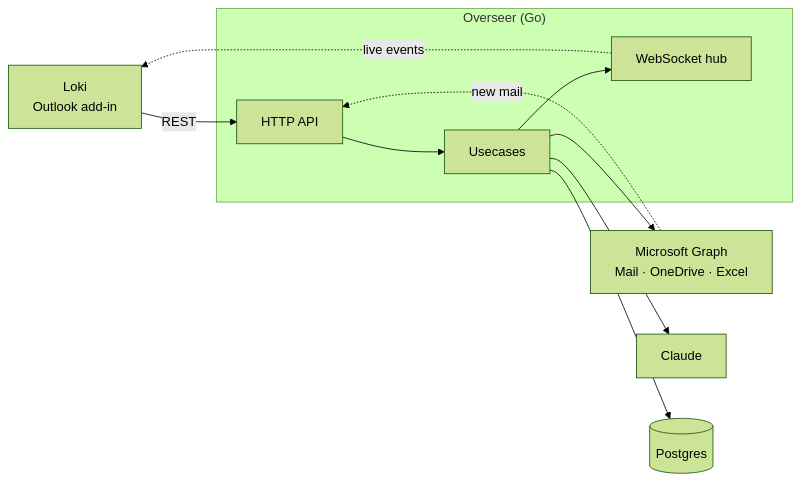
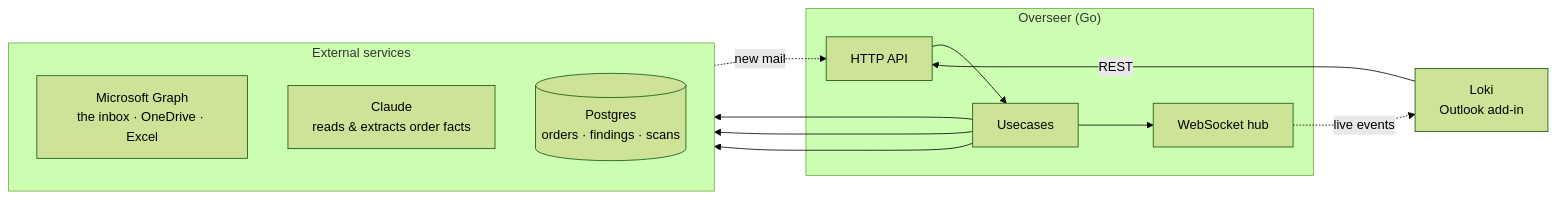
Before and after one commit to cabrerajulian401/Overseer-ThirdEye: the first of 2 diagrams in README.md, drawn with Mermaid (forest theme).

Commit message:
docs: diagram — caption service nodes, stack them in one right-hand column

````diff
--- a/README.md
+++ b/README.md
@@ -15,23 +15,26 @@
 ```mermaid
 flowchart LR
     Loki["Loki<br/>Outlook add-in"]
 
     subgraph Overseer["Overseer (Go)"]
         HTTP["HTTP API"]
         UC["Usecases"]
         WS["WebSocket hub"]
     end
 
-    MSG["Microsoft Graph<br/>Mail · OneDrive · Excel"]
-    CLAUDE["Claude"]
-    PG[("Postgres")]
+    subgraph Services["External services"]
+        direction TB
+        MSG["Microsoft Graph<br/>the inbox · OneDrive · Excel"]
+        CLAUDE["Claude<br/>reads & extracts order facts"]
+        PG[("Postgres<br/>orders · findings · scans")]
+    end
 
     Loki -->|"REST"| HTTP
     HTTP --> UC
     UC --> MSG
     UC --> CLAUDE
     UC --> PG
     UC --> WS
     WS -.->|"live events"| Loki
     MSG -.->|"new mail"| HTTP
 ```
````
